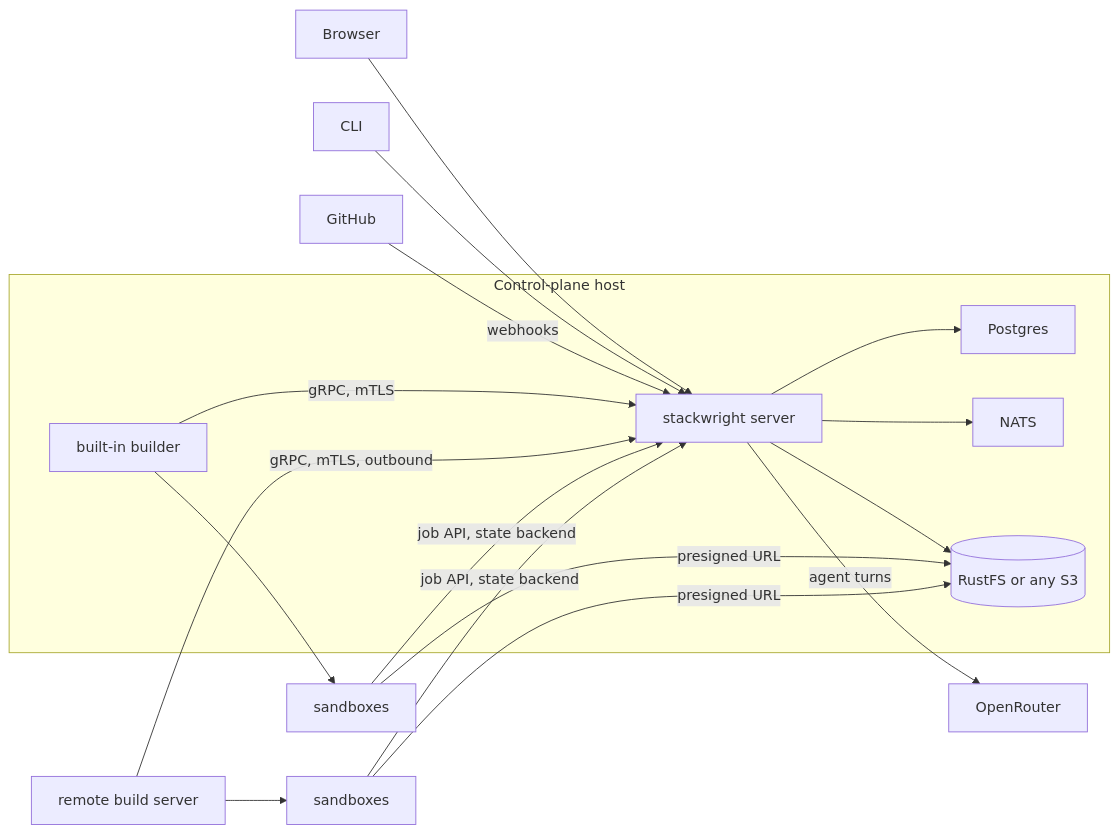
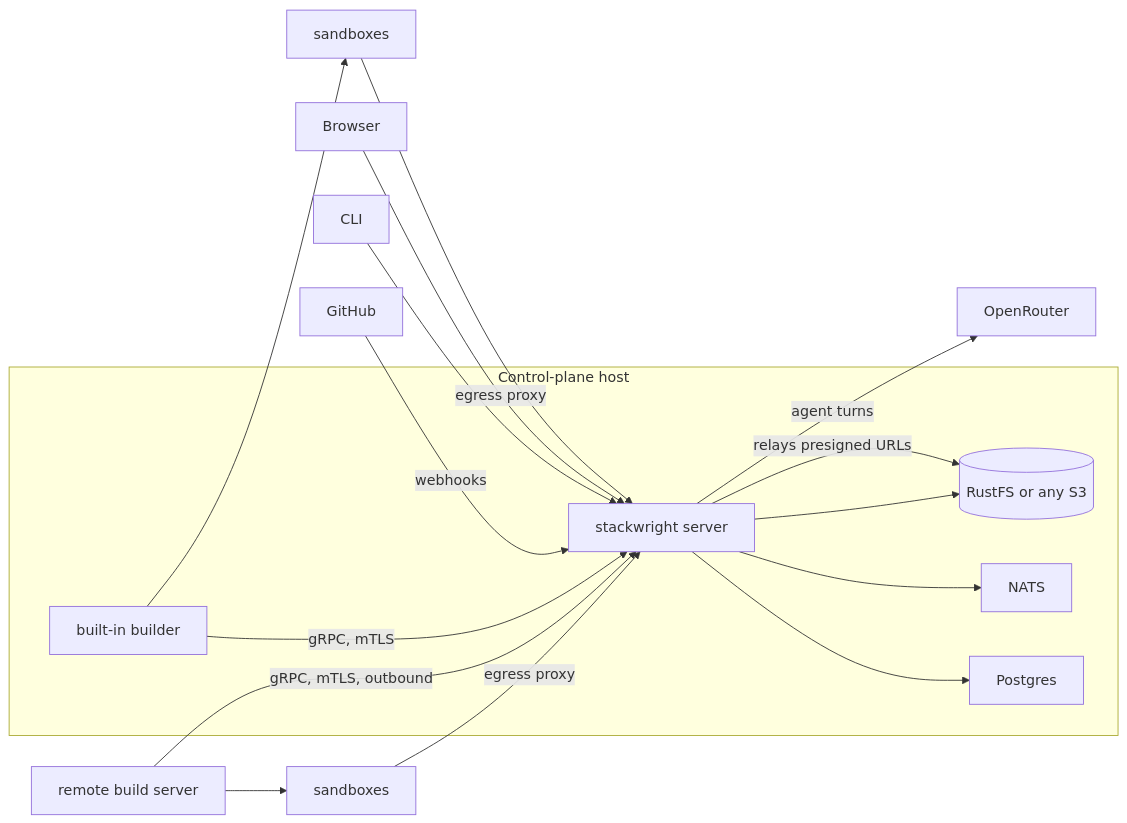
The first of 2 diagrams in docs/BUILD.md (utibeabasi6/stackwright), drawn with Mermaid before and after one commit. The commit also changed other lines of this file and 40 other files, not shown here.

First line of the commit message:
feat: Put sandboxes behind an egress proxy and add operator tooling

````diff
--- a/docs/BUILD.md
+++ b/docs/BUILD.md
@@ -781,21 +784,20 @@
 ```mermaid
 flowchart LR
     Browser --> Server
     CLI --> Server
     GitHub -->|webhooks| Server
     subgraph Host[Control-plane host]
         Server[stackwright server]
         Server --> Postgres
         Server --> NATS
         Server --> S3[(RustFS or any S3)]
         Builtin[built-in builder] -->|gRPC, mTLS| Server
     end
     Remote[remote build server] -->|gRPC, mTLS, outbound| Server
     Builtin --> Sandboxes1[sandboxes]
     Remote --> Sandboxes2[sandboxes]
-    Sandboxes1 -->|presigned URL| S3
-    Sandboxes2 -->|presigned URL| S3
-    Sandboxes1 -->|job API, state backend| Server
-    Sandboxes2 -->|job API, state backend| Server
+    Sandboxes1 -->|egress proxy| Server
+    Sandboxes2 -->|egress proxy| Server
+    Server -->|relays presigned URLs| S3
     Server -->|agent turns| OpenRouter
 ```
````
